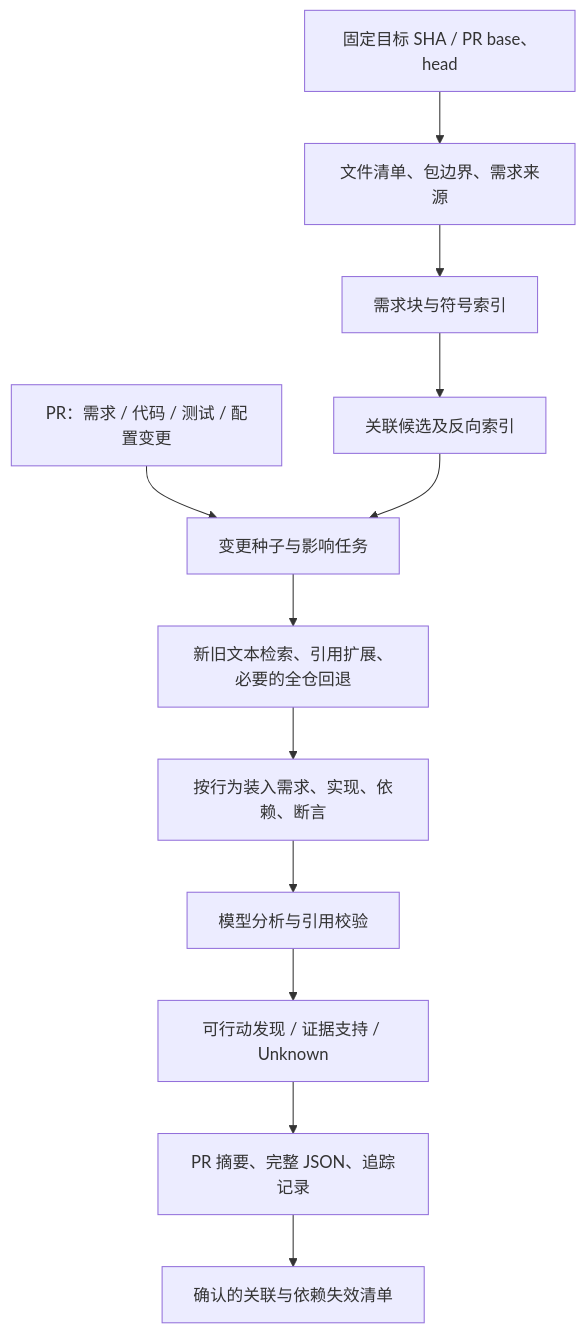
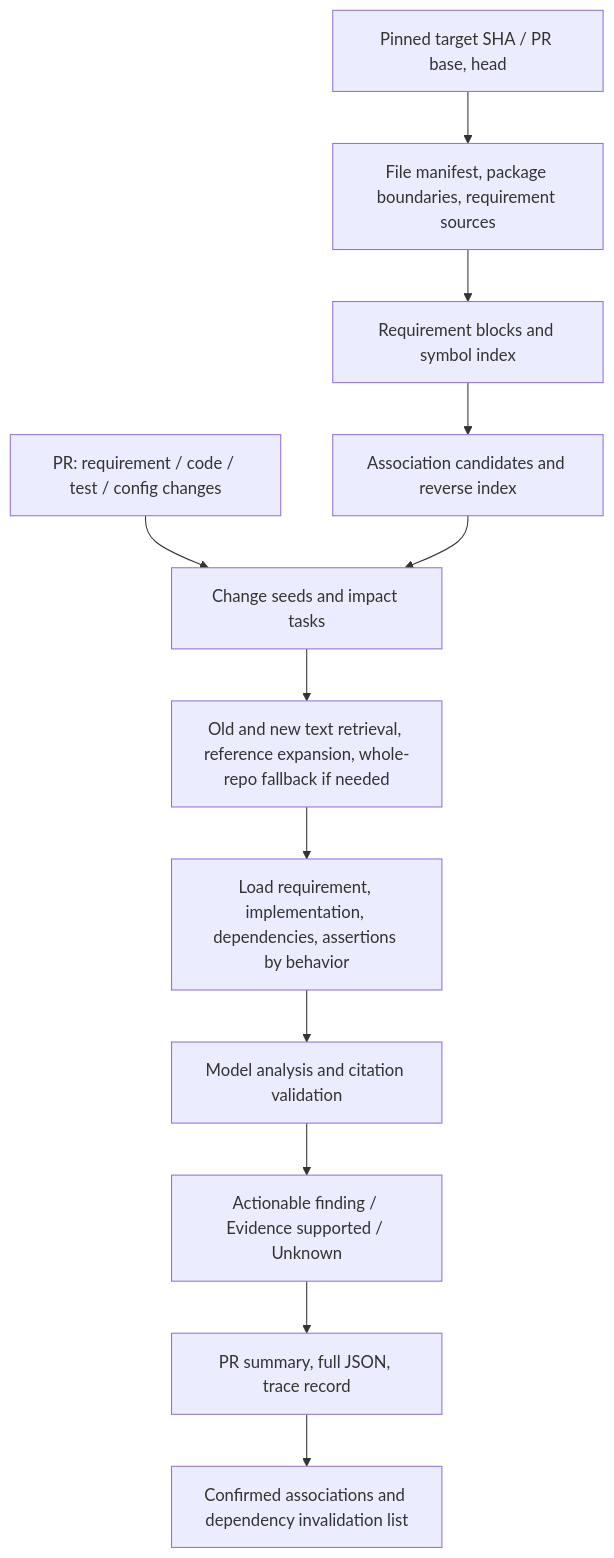
The first of 2 diagrams in docs/complex-repository-bidirectional-traceability-research-2026-10-17.md (Mira190/SpecGuard), drawn with Mermaid before and after one commit. The commit also changed other lines of this file and 42 other files, not shown here.

Commit message:
docs: translate all repository documents to English (Chinese kept only where quoted from code or a reviewed repo)

````diff
--- a/docs/complex-repository-bidirectional-traceability-research-2026-10-17.md
+++ b/docs/complex-repository-bidirectional-traceability-research-2026-10-17.md
@@ -88,14 +88,14 @@
 ```mermaid
 flowchart TD
-  A["固定目标 SHA / PR base、head"] --> B["文件清单、包边界、需求来源"]
-  B --> C["需求块与符号索引"]
-  C --> D["关联候选及反向索引"]
-  P["PR：需求 / 代码 / 测试 / 配置变更"] --> Q["变更种子与影响任务"]
+  A["Pinned target SHA / PR base, head"] --> B["File manifest, package boundaries, requirement sources"]
+  B --> C["Requirement blocks and symbol index"]
+  C --> D["Association candidates and reverse index"]
+  P["PR: requirement / code / test / config changes"] --> Q["Change seeds and impact tasks"]
   D --> Q
-  Q --> R["新旧文本检索、引用扩展、必要的全仓回退"]
-  R --> S["按行为装入需求、实现、依赖、断言"]
-  S --> T["模型分析与引用校验"]
-  T --> U["可行动发现 / 证据支持 / Unknown"]
-  U --> V["PR 摘要、完整 JSON、追踪记录"]
-  V --> W["确认的关联与依赖失效清单"]
+  Q --> R["Old and new text retrieval, reference expansion, whole-repo fallback if needed"]
+  R --> S["Load requirement, implementation, dependencies, assertions by behavior"]
+  S --> T["Model analysis and citation validation"]
+  T --> U["Actionable finding / Evidence supported / Unknown"]
+  U --> V["PR summary, full JSON, trace record"]
+  V --> W["Confirmed associations and dependency invalidation list"]
 ```
````
